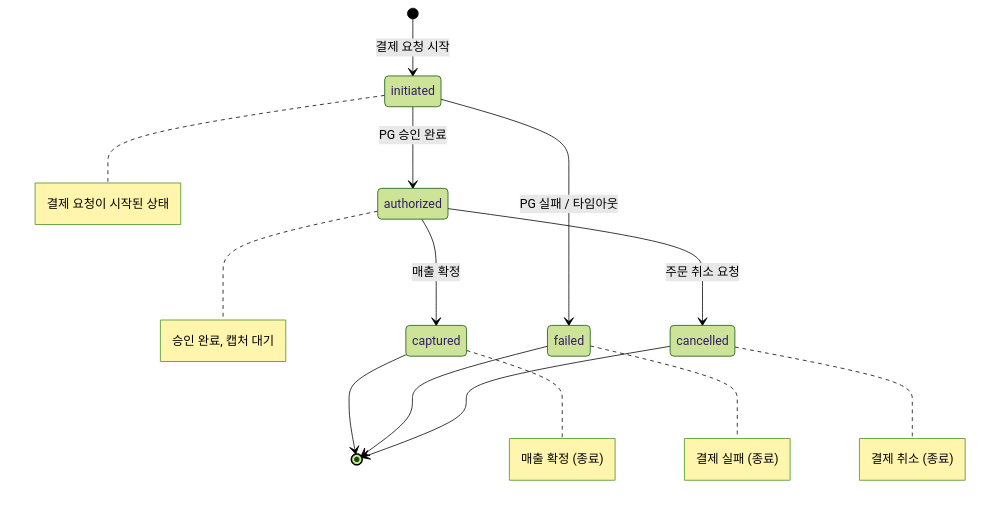
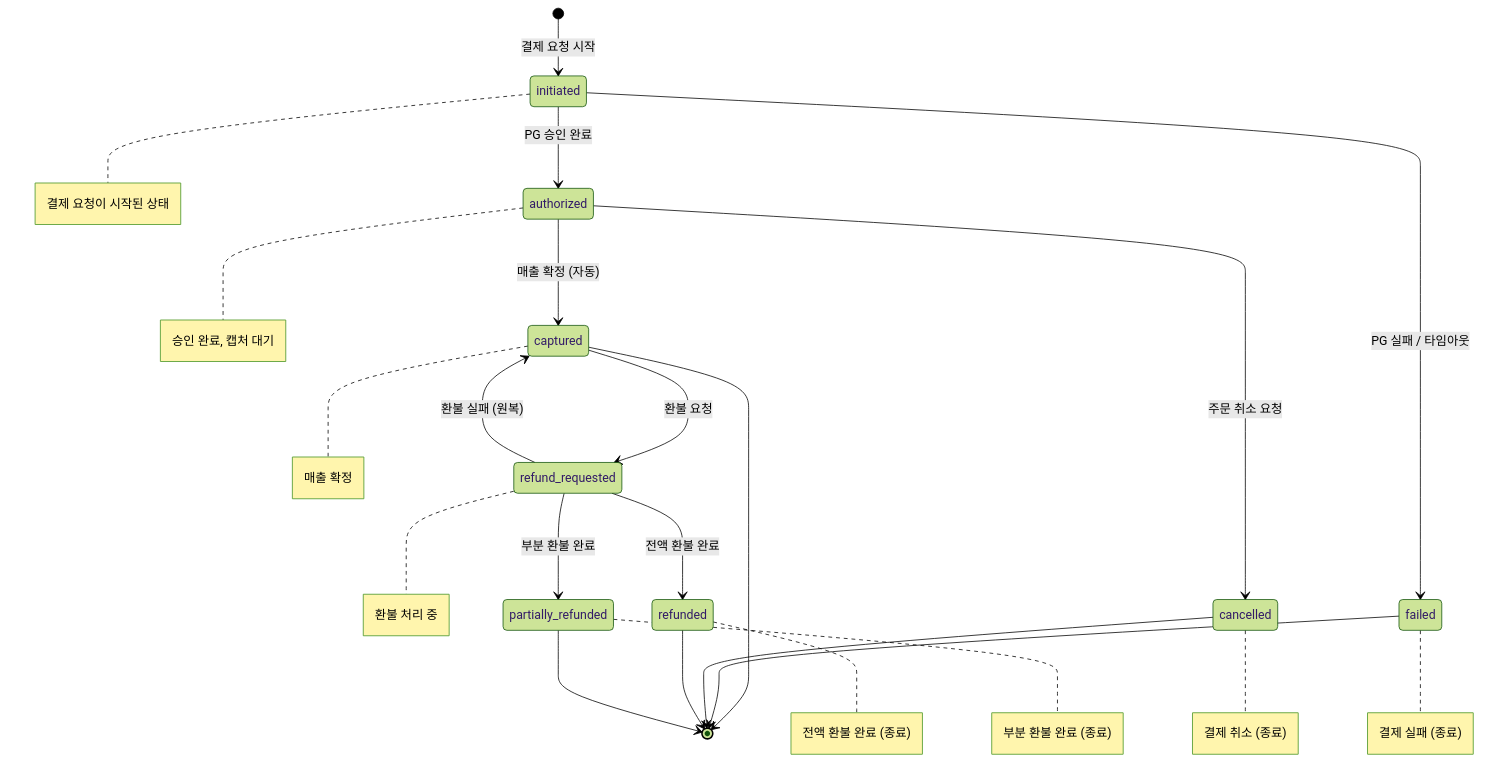
One commit to p-iknow/fullstack-forge changed the diagram in docs/01-prd/06-payment/01-overview.md. Above: the diagram before and after it, drawn with Mermaid (forest theme). The commit also changed other lines of this file and 61 other files, not shown here.

````diff
--- a/docs/01-prd/06-payment/01-overview.md
+++ b/docs/01-prd/06-payment/01-overview.md
@@ -9,17 +9,26 @@
 ```mermaid
 stateDiagram-v2
     [*] --> initiated : 결제 요청 시작
     initiated --> authorized : PG 승인 완료
     initiated --> failed : PG 실패 / 타임아웃
-    authorized --> captured : 매출 확정
+    authorized --> captured : 매출 확정 (자동)
     authorized --> cancelled : 주문 취소 요청
+    captured --> refund_requested : 환불 요청
+    refund_requested --> refunded : 전액 환불 완료
+    refund_requested --> partially_refunded : 부분 환불 완료
+    refund_requested --> captured : 환불 실패 (원복)
     captured --> [*]
     failed --> [*]
     cancelled --> [*]
+    refunded --> [*]
+    partially_refunded --> [*]
 
     note right of initiated : 결제 요청이 시작된 상태
     note right of authorized : 승인 완료, 캡처 대기
-    note right of captured : 매출 확정 (종료)
+    note right of captured : 매출 확정
     note right of failed : 결제 실패 (종료)
     note right of cancelled : 결제 취소 (종료)
+    note right of refund_requested : 환불 처리 중
+    note right of refunded : 전액 환불 완료 (종료)
+    note right of partially_refunded : 부분 환불 완료 (종료)
 ```
````
